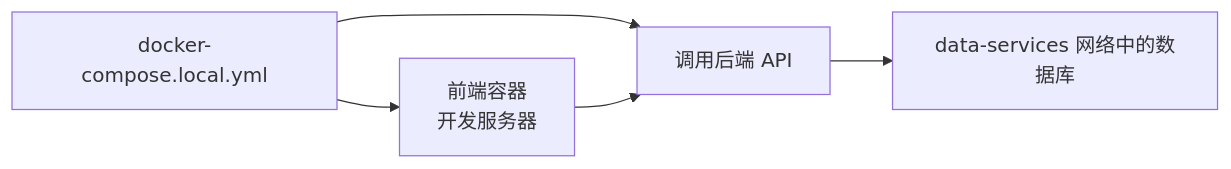
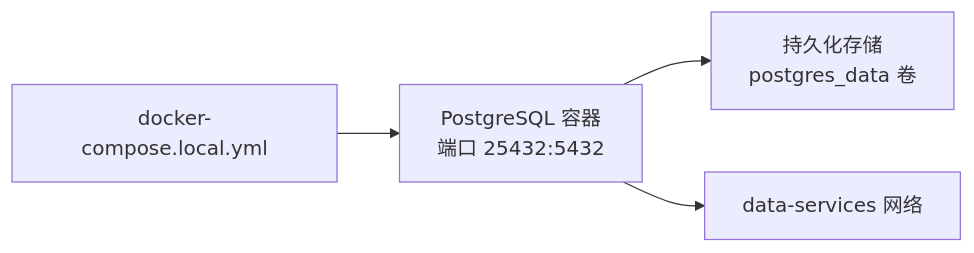
One commit to alvinwangzi/goodhr changed the sixth of 8 diagrams in .qoder/repowiki/zh/content/开发指南/开发工作流程.md. Above: the diagram before and after it, drawn with Mermaid. The commit also changed other lines of this file and 10 other files, not shown here.

````diff
--- a/.qoder/repowiki/zh/content/开发指南/开发工作流程.md
+++ b/.qoder/repowiki/zh/content/开发指南/开发工作流程.md
@@ -156,7 +199,6 @@
 ```mermaid
 graph LR
-Compose["docker-compose.local.yml"] --> BE["后端容器<br/>挂载源码与缓存"]
-Compose --> FE["前端容器<br/>开发服务器"]
-BE --> DB["data-services 网络中的数据库"]
-FE --> BE["调用后端 API"]
+Compose["docker-compose.local.yml"] --> DB["PostgreSQL 容器<br/>端口 25432:5432"]
+DB --> Data["持久化存储<br/>postgres_data 卷"]
+DB --> Network["data-services 网络"]
 ```
````
